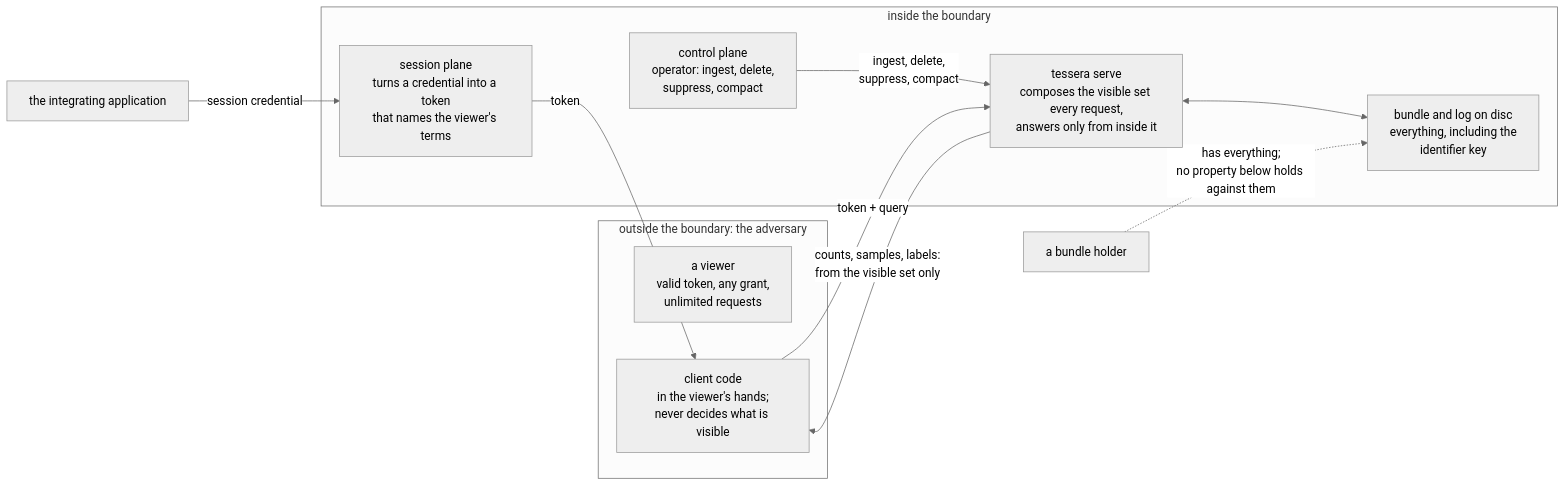
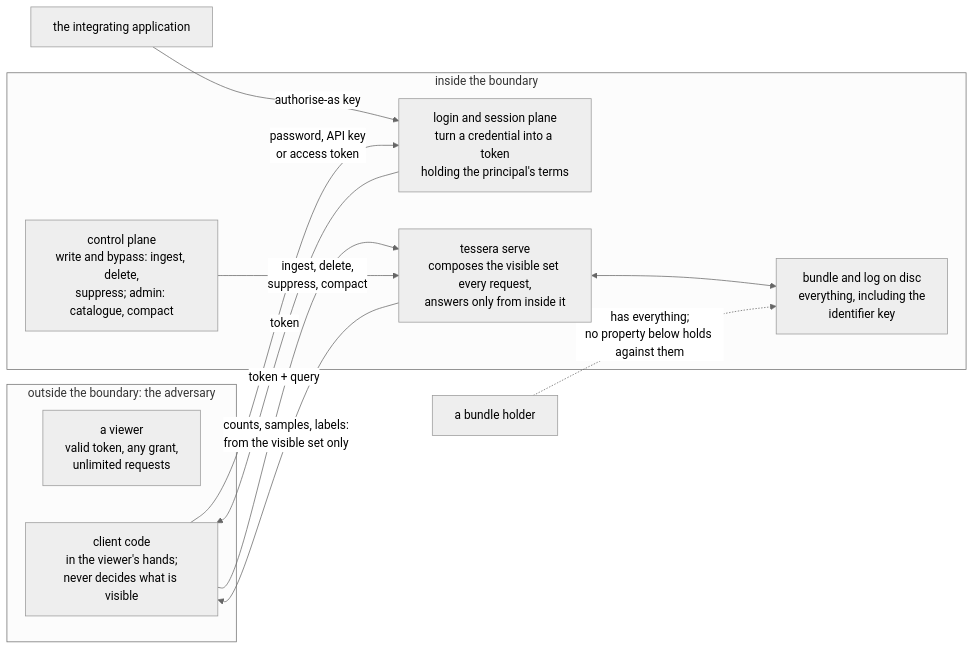
One commit to jennis0/tesseradb changed the diagram in docs/system/security.md. Above: the diagram before and after it, drawn with Mermaid (neutral theme). The commit also changed other lines of this file and 12 other files, not shown here.

````diff
--- a/docs/system/security.md
+++ b/docs/system/security.md
@@ -40,23 +50,24 @@
 ```mermaid
 flowchart LR
   subgraph untrusted["outside the boundary: the adversary"]
     viewer["a viewer<br/>valid token, any grant,<br/>unlimited requests"]
     client["client code<br/>in the viewer's hands;<br/>never decides what is visible"]
   end
 
   subgraph trusted["inside the boundary"]
-    session["session plane<br/>turns a credential into a token<br/>that names the viewer's terms"]
+    session["login and session plane<br/>turn a credential into a token<br/>holding the principal's terms"]
     serve["tessera serve<br/>composes the visible set every request,<br/>answers only from inside it"]
-    control["control plane<br/>operator: ingest, delete,<br/>suppress, compact"]
+    control["control plane<br/>write and bypass: ingest, delete,<br/>suppress; admin: catalogue, compact"]
     bundle["bundle and log on disc<br/>everything, including the<br/>identifier key"]
   end
 
-  issuer["the integrating application"] -- "session credential" --> session
+  issuer["the integrating application"] -- "authorise-as key" --> session
+  client -- "password, API key<br/>or access token" --> session
   session -- "token" --> client
   client -- "token + query" --> serve
   serve -- "counts, samples, labels:<br/>from the visible set only" --> client
   control -- "ingest, delete,<br/>suppress, compact" --> serve
   serve <--> bundle
 
   holder["a bundle holder"] -. "has everything;<br/>no property below holds against them" .-> bundle
 ```
````
